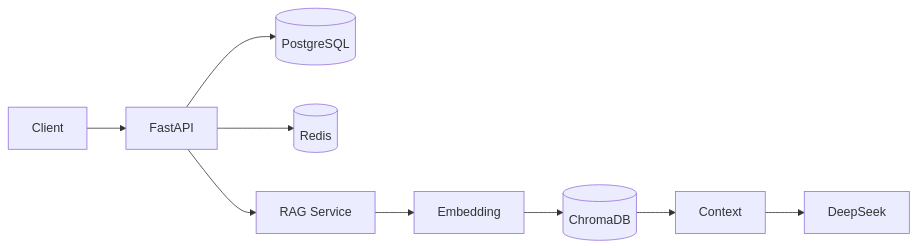
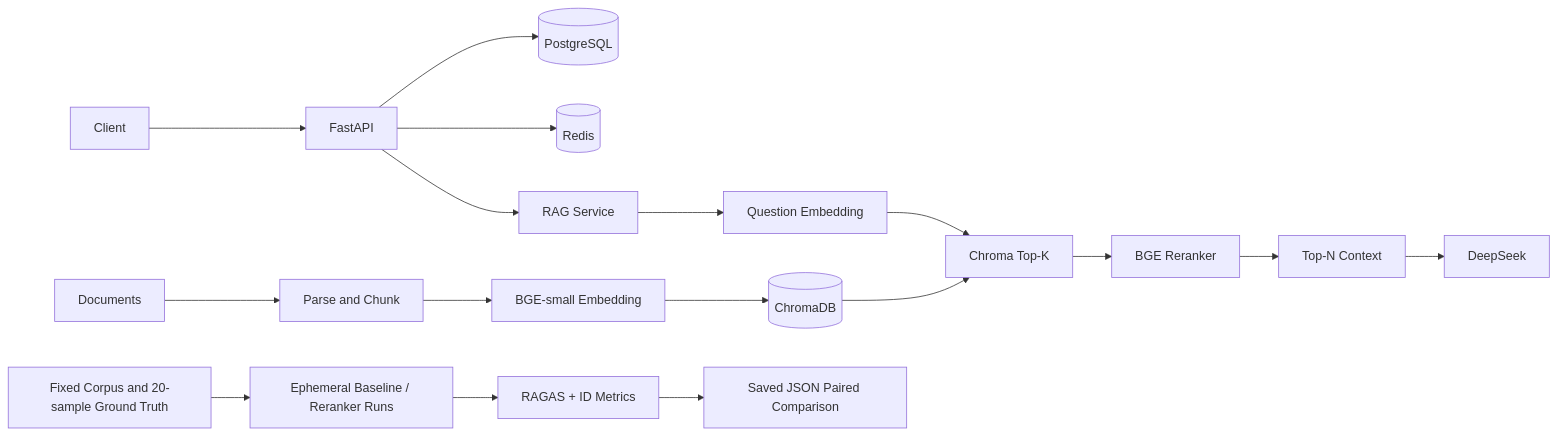
One commit to cvbret/SmartDoc-AI changed the first of 2 diagrams in README.md. Above: the diagram before and after it, drawn with Mermaid. The commit also changed other lines of this file and 20 other files, not shown here.

````diff
--- a/README.md
+++ b/README.md
@@ -61,11 +62,19 @@
 ```mermaid
 flowchart LR
     Client[Client] --> FastAPI[FastAPI]
     FastAPI --> PostgreSQL[(PostgreSQL)]
     FastAPI --> Redis[(Redis)]
     FastAPI --> RAG[RAG Service]
-    RAG --> Embedding[Embedding]
+    Documents[Documents] --> Chunk[Parse and Chunk]
+    Chunk --> Embedding[BGE-small Embedding]
     Embedding --> Chroma[(ChromaDB)]
-    Chroma --> Context[Context]
+    RAG --> Query[Question Embedding]
+    Query --> Retrieval[Chroma Top-K]
+    Chroma --> Retrieval
+    Retrieval --> Reranker[BGE Reranker]
+    Reranker --> Context[Top-N Context]
     Context --> DeepSeek[DeepSeek]
+    GroundTruth[Fixed Corpus and 20-sample Ground Truth] --> Eval[Ephemeral Baseline / Reranker Runs]
+    Eval --> Metrics[RAGAS + ID Metrics]
+    Metrics --> Comparison[Saved JSON Paired Comparison]
 ```
````
